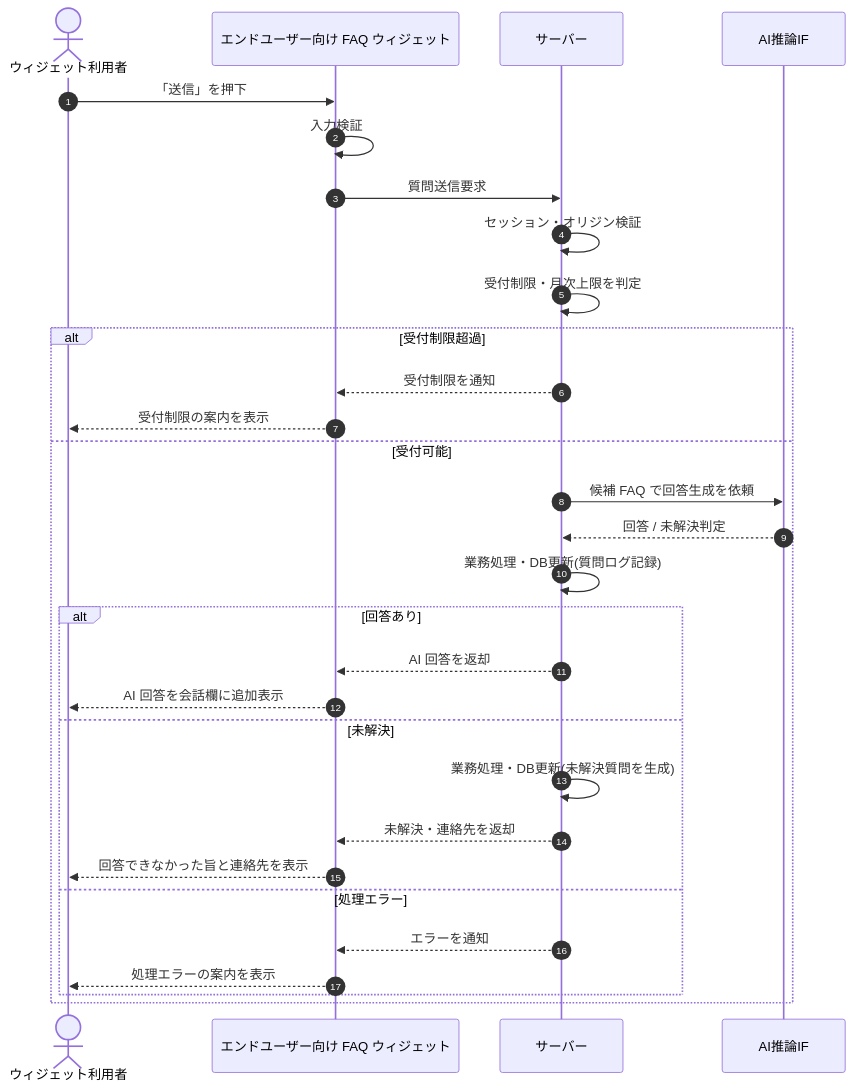
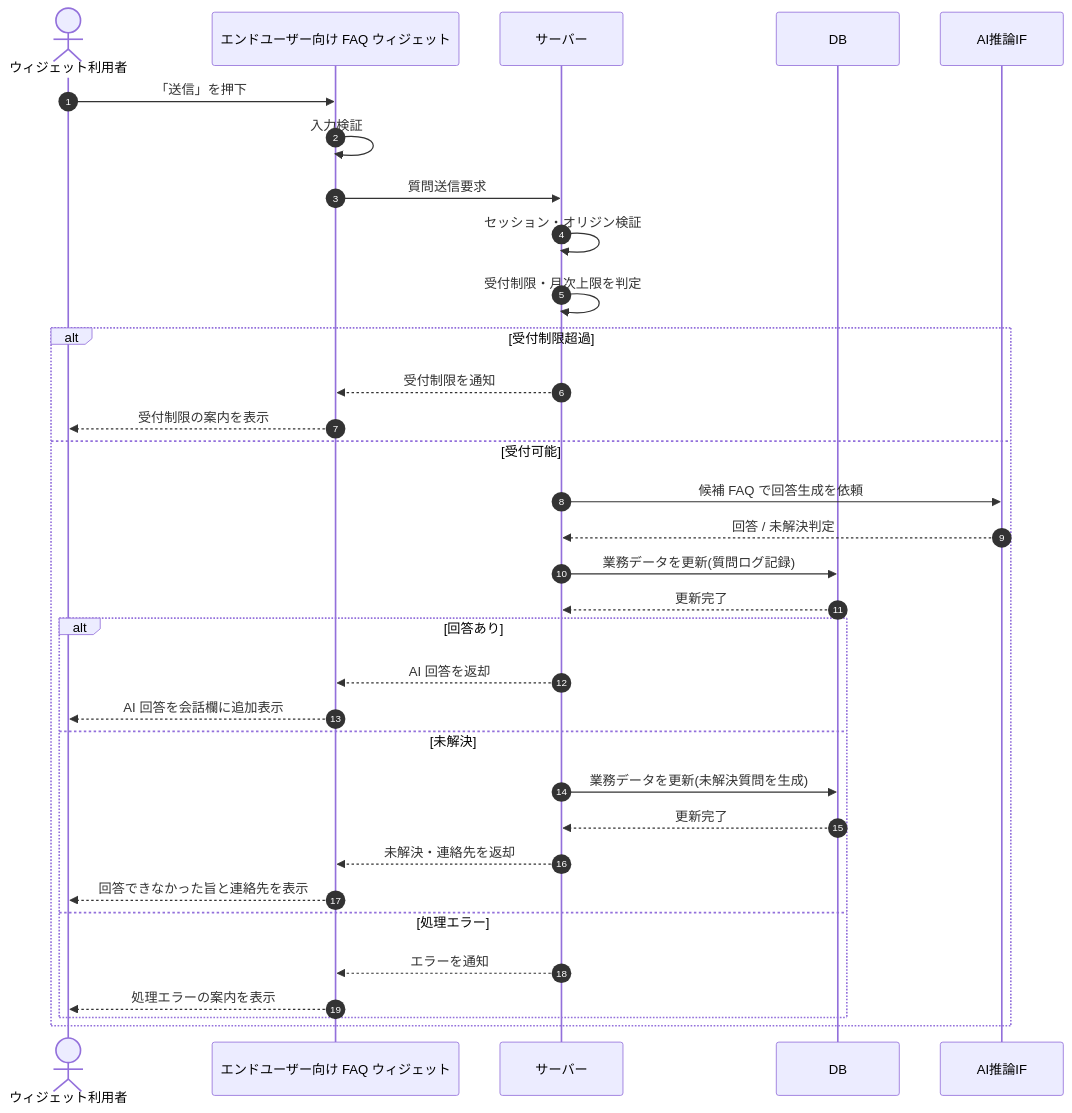
The diagram in 02_basic_design/03_sequences/SEQ-088.md (sikakou54/open-faq), drawn with Mermaid before and after one commit. The commit also changed other lines of this file and 122 other files, not shown here.

First line of the commit message:
シーケンス図に DB アクターを追加(DB 操作をサーバー自己メッセージから分離)

````diff
--- a/02_basic_design/03_sequences/SEQ-088.md
+++ b/02_basic_design/03_sequences/SEQ-088.md
@@ -26,32 +26,35 @@
 ```mermaid
 sequenceDiagram
   autonumber
   actor U as ウィジェット利用者
   participant Screen as エンドユーザー向け FAQ ウィジェット
   participant Server as サーバー
+  participant DB as DB
   participant AI as AI推論IF
   U->>Screen: 「送信」を押下
   Screen->>Screen: 入力検証
   Screen->>Server: 質問送信要求
   Server->>Server: セッション・オリジン検証
   Server->>Server: 受付制限・月次上限を判定
   alt 受付制限超過
     Server-->>Screen: 受付制限を通知
     Screen-->>U: 受付制限の案内を表示
   else 受付可能
     Server->>AI: 候補 FAQ で回答生成を依頼
     AI-->>Server: 回答 / 未解決判定
-    Server->>Server: 業務処理・DB更新(質問ログ記録)
+    Server->>DB: 業務データを更新(質問ログ記録)
+    DB-->>Server: 更新完了
     alt 回答あり
       Server-->>Screen: AI 回答を返却
       Screen-->>U: AI 回答を会話欄に追加表示
     else 未解決
-      Server->>Server: 業務処理・DB更新(未解決質問を生成)
+      Server->>DB: 業務データを更新(未解決質問を生成)
+      DB-->>Server: 更新完了
       Server-->>Screen: 未解決・連絡先を返却
       Screen-->>U: 回答できなかった旨と連絡先を表示
     else 処理エラー
       Server-->>Screen: エラーを通知
       Screen-->>U: 処理エラーの案内を表示
     end
   end
 ```
````
